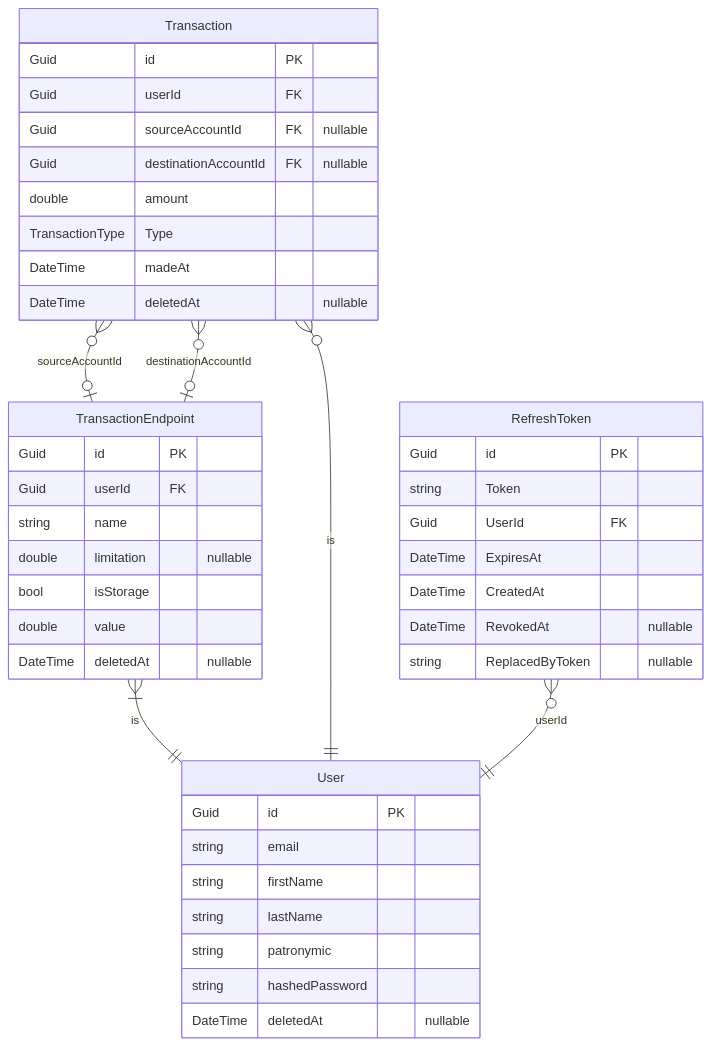
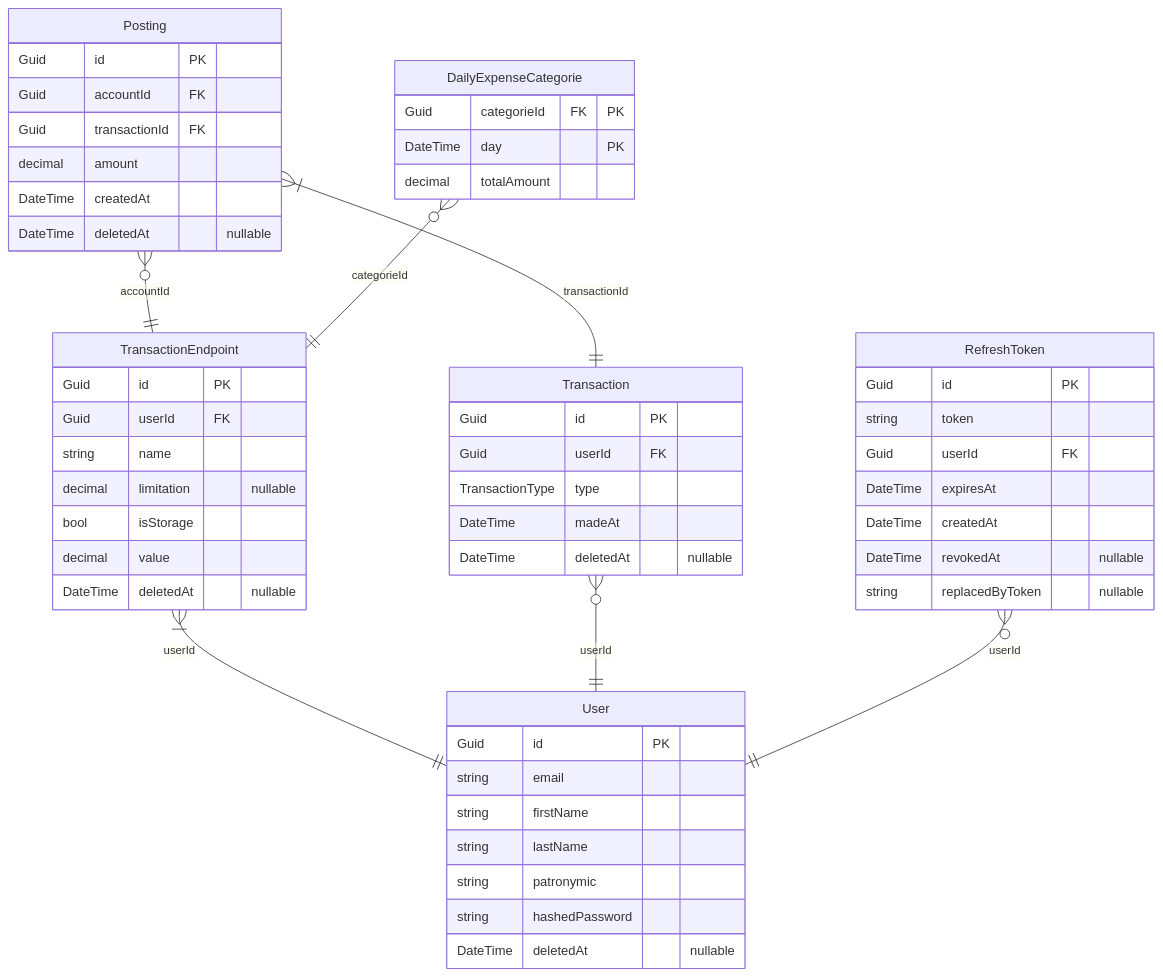
The diagram in README.md (Pipotka/SmartWallet), drawn with Mermaid before and after one commit. The commit also changed 1 other file, not shown here.

Commit message:
Update ERD in README and bd.md for Posting model
- Replace old Transaction (SourceAccountId/DestinationAccountId/Amount) with Posting-based double-entry, DailyExpenseCategorie, decimal money types, Posting.CreatedAt
- Sync both diagrams to current schema

````diff
--- a/README.md
+++ b/README.md
@@ -125,48 +125,61 @@
 ```mermaid
 erDiagram
-    TransactionEndpoint }|--|| User : is
+    TransactionEndpoint }|--|| User : userId
     TransactionEndpoint {
         Guid id PK
         Guid userId FK
         string name
-        double limitation "nullable"
+        decimal limitation "nullable"
         bool isStorage
-        double value
+        decimal value
         DateTime deletedAt "nullable"
     }
 
-    Transaction }o--|| User : is
-    Transaction }o--o| TransactionEndpoint : sourceAccountId
-    Transaction }o--o| TransactionEndpoint : destinationAccountId
+    Transaction }o--|| User : userId
     Transaction {
         Guid id PK
         Guid userId FK
-        Guid sourceAccountId FK "nullable"
-        Guid destinationAccountId FK "nullable"
-        double amount
-        TransactionType Type
+        TransactionType type
         DateTime madeAt
         DateTime deletedAt "nullable"
+    }
+
+    Posting }o--|| TransactionEndpoint : accountId
+    Posting }|--|| Transaction : transactionId
+    Posting {
+        Guid id PK
+        Guid accountId FK
+        Guid transactionId FK
+        decimal amount
+        DateTime createdAt
+        DateTime deletedAt "nullable"
+    }
+
+    DailyExpenseCategorie }o--|| TransactionEndpoint : categorieId
+    DailyExpenseCategorie {
+        Guid categorieId FK "PK"
+        DateTime day "PK"
+        decimal totalAmount
     }
 
     User {
         Guid id PK
         string email
         string firstName
         string lastName
         string patronymic
         string hashedPassword
         DateTime deletedAt "nullable"
     }
 
     RefreshToken }o--|| User : userId
     RefreshToken {
         Guid id PK
-        string Token
-        Guid UserId FK
-        DateTime ExpiresAt
-        DateTime CreatedAt
-        DateTime RevokedAt "nullable"
-        string ReplacedByToken "nullable"
+        string token
+        Guid userId FK
+        DateTime expiresAt
+        DateTime createdAt
+        DateTime revokedAt "nullable"
+        string replacedByToken "nullable"
     }
 ```
````
